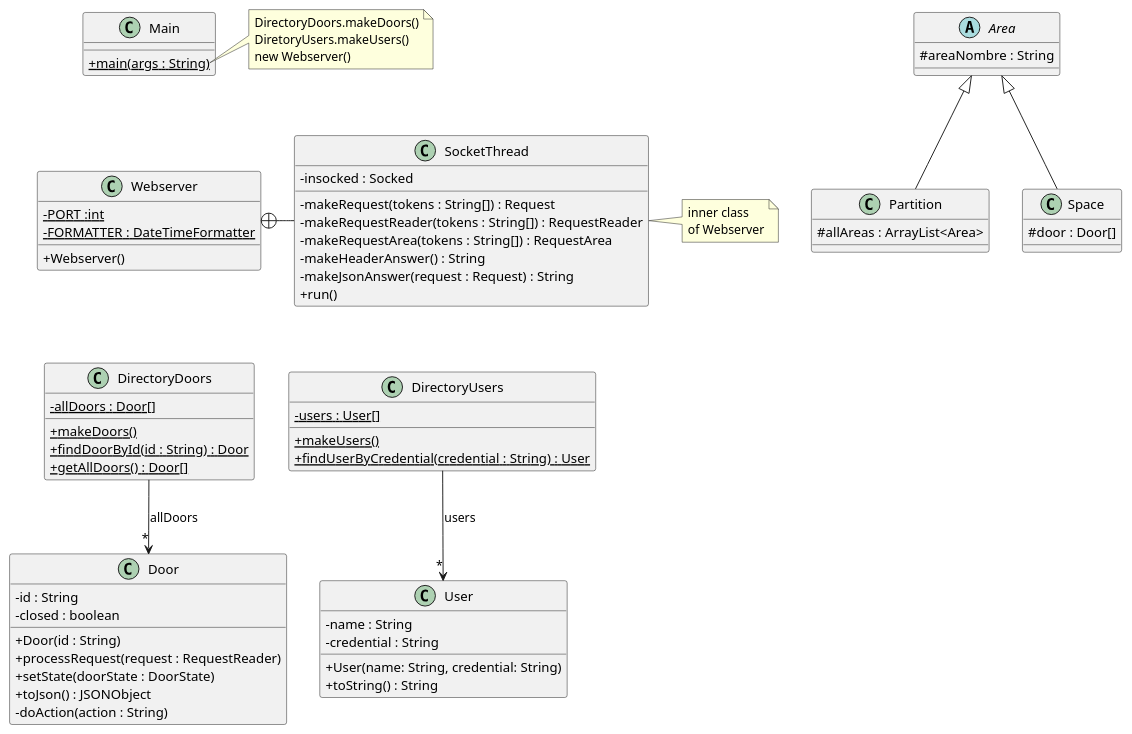
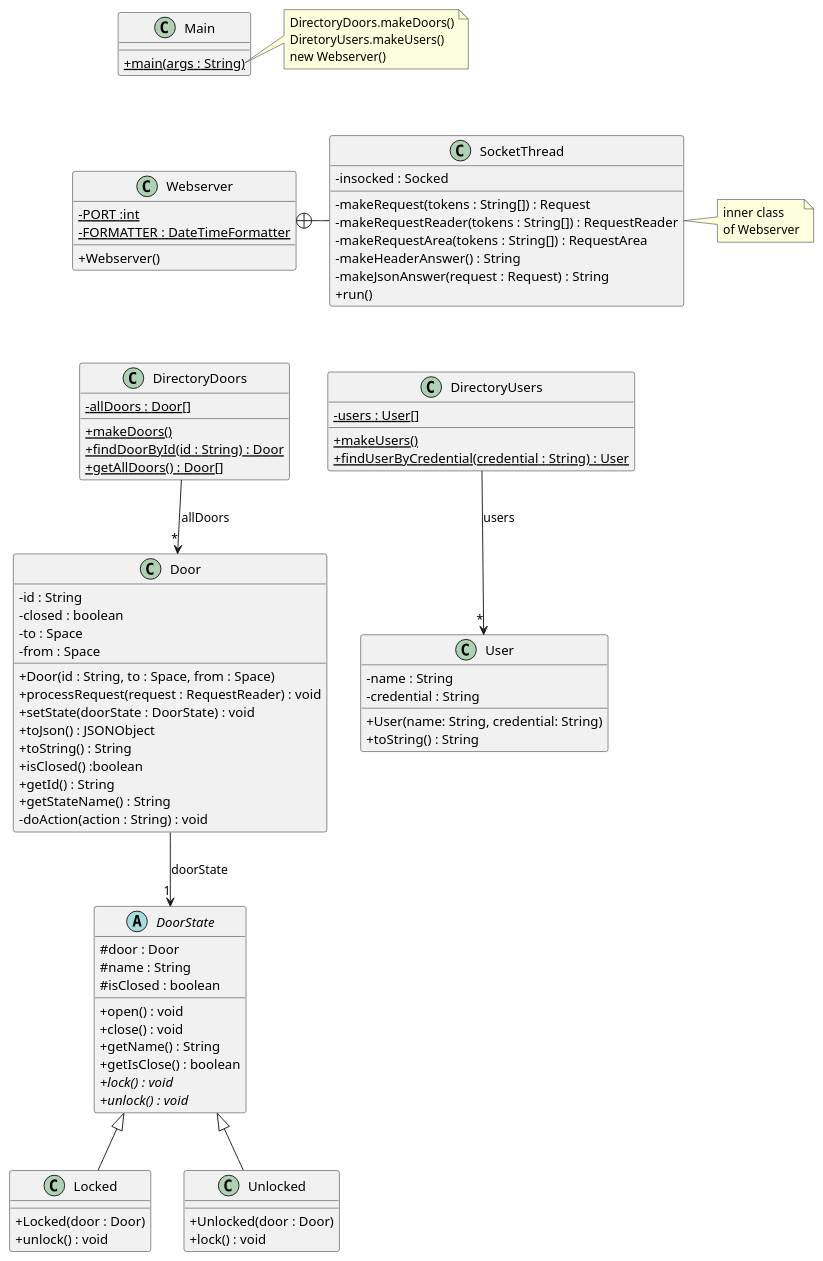
The diagram in src/baseNoStates/uml/base_no_states.puml (Jordiyy/DSPracticas), drawn with PlantUML before and after one commit. The commit also changed 16 other files, not shown here.

Commit message:
Diagrama UML parte 1 + separar clases en carpetas

```diff
--- a/src/baseNoStates/uml/base_no_states.puml
+++ b/src/baseNoStates/uml/base_no_states.puml
@@ -1,93 +1,107 @@
 @startuml
 'https://plantuml.com/class-diagram
 skinparam classAttributeIconSize 0
 
 class Webserver {
-- {static} PORT :int
-- {static} FORMATTER : DateTimeFormatter
-+ Webserver()
+    - {static} PORT :int
+    - {static} FORMATTER : DateTimeFormatter
+    + Webserver()
 }
 
 class SocketThread {
-- insocked : Socked
-- makeRequest(tokens : String[]) : Request
-- makeRequestReader(tokens : String[]) : RequestReader
-- makeRequestArea(tokens : String[]) : RequestArea
-- makeHeaderAnswer() : String
-- makeJsonAnswer(request : Request) : String
-+ run()
+    - insocked : Socked
+    - makeRequest(tokens : String[]) : Request
+    - makeRequestReader(tokens : String[]) : RequestReader
+    - makeRequestArea(tokens : String[]) : RequestArea
+    - makeHeaderAnswer() : String
+    - makeJsonAnswer(request : Request) : String
+    + run()
 }
 
 Webserver +-right- SocketThread
 
 note right of SocketThread
 inner class
 of Webserver
 end note
 
 class DirectoryDoors {
-- {static} allDoors : Door[]
-+ {static} makeDoors()
-+ {static} findDoorById(id : String) : Door
-+ {static} getAllDoors() : Door[]
+    - {static} allDoors : Door[]
+    + {static} makeDoors()
+    + {static} findDoorById(id : String) : Door
+    + {static} getAllDoors() : Door[]
 }
 
 DirectoryDoors --> "*" Door : "allDoors"
 
 class DirectoryUsers {
-- {static} users : User[]
-+ {static} makeUsers()
-+ {static} findUserByCredential(credential : String) : User
+    - {static} users : User[]
+    + {static} makeUsers()
+    + {static} findUserByCredential(credential : String) : User
 }
 
 DirectoryUsers --> "*" User : "users"
 
 class Door {
-- id : String
-- closed : boolean
-+ Door(id : String)
-+ processRequest(request : RequestReader)
-+ setState(doorState : DoorState)
-+ toJson() : JSONObject
-'+ toString() : String
-'+ isClosed() :boolean
-'+ setClosed(b : boolean)
-'+ getStateName() : String
-- doAction(action : String)
+    - id : String
+    - closed : boolean
+    - to : Space
+    - from : Space
+    + Door(id : String, to : Space, from : Space)
+    + processRequest(request : RequestReader) : void
+    + setState(doorState : DoorState) : void
+    + toJson() : JSONObject
+    + toString() : String
+    + isClosed() :boolean
+    + getId() : String
+    '+ setClosed(b : boolean)
+    + getStateName() : String
+    - doAction(action : String) : void
 }
 
-
 class User {
-- name : String
-- credential : String
-+ User(name: String, credential: String)
-+ toString() : String
+    - name : String
+    - credential : String
+    + User(name: String, credential: String)
+    + toString() : String
 }
 
+Door --> "1" DoorState : doorState
+
+abstract class DoorState {
+    # door : Door
+    # name : String
+    # isClosed : boolean
+    + open() : void
+    + close() : void
+    + getName() : String
+    + getIsClose() : boolean
+    + {abstract} lock() : void
+    + {abstract} unlock() : void
+    '+ {abstract} unlockShortly() : void
+}
+
+class Locked extends DoorState {
+    + Locked(door : Door)
+    + unlock() : void
+}
+
+class Unlocked extends DoorState {
+    + Unlocked(door : Door)
+    + lock() : void
+}
 
 class Main {
-+ {static} main(args : String)
-}
-
-abstract class Area {
-    # areaNombre : String
-}
-
-class Partition extends Area{
-    # allAreas : ArrayList<Area>
-}
-
-class Space extends Area {
-    # door : Door[]
+    + {static} main(args : String)
 }
 
 note right of Main::main
 DirectoryDoors.makeDoors()
 DiretoryUsers.makeUsers()
 new Webserver()
 end note
 
 Main -[hidden]down- Webserver
 Webserver -[hidden]down- DirectoryDoors
 DirectoryDoors -[hidden]right- DirectoryUsers
 @enduml
```
